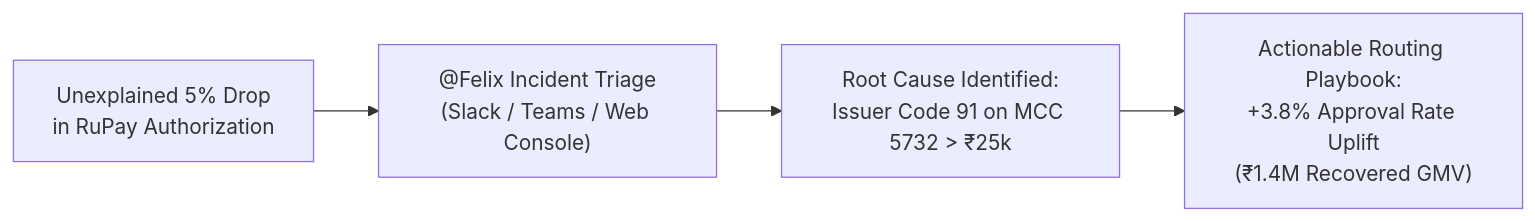
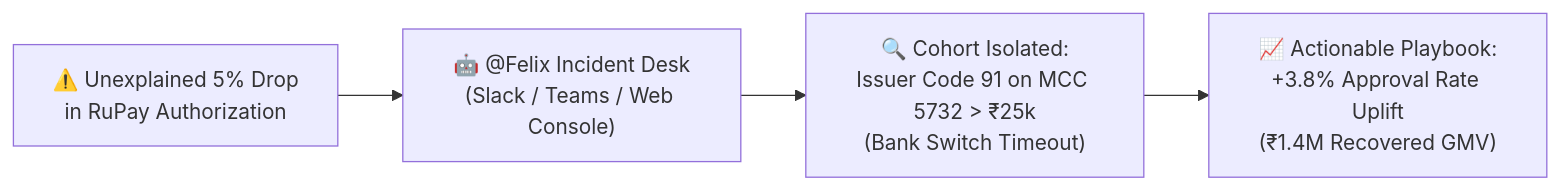
Before and after one commit to piyush07rai/felix-payments-agent: the diagram in README.md, drawn with Mermaid. The commit also changed other lines of this file, not shown here.

Commit message:
docs: revamp README to enterprise product standard with architecture and features

````diff
--- a/README.md
+++ b/README.md
@@ -29,6 +42,6 @@
 ```mermaid
 flowchart LR
-    Problem["Unexplained 5% Drop\nin RuPay Authorization"] --> Felix["@Felix Incident Triage\n(Slack / Teams / Web Console)"]
-    Felix --> Diagnosis["Root Cause Identified:\nIssuer Code 91 on MCC 5732 > ₹25k"]
-    Diagnosis --> ROI["Actionable Routing Playbook:\n+3.8% Approval Rate Uplift\n(₹1.4M Recovered GMV)"]
+    Problem["⚠️ Unexplained 5% Drop\nin RuPay Authorization"] --> Felix["🤖 @Felix Incident Desk\n(Slack / Teams / Web Console)"]
+    Felix --> Diagnosis["🔍 Cohort Isolated:\nIssuer Code 91 on MCC 5732 > ₹25k\n(Bank Switch Timeout)"]
+    Diagnosis --> ROI["📈 Actionable Playbook:\n+3.8% Approval Rate Uplift\n(₹1.4M Recovered GMV)"]
 ```
````
